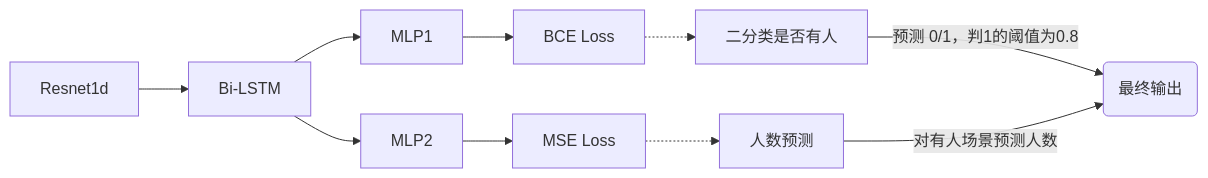
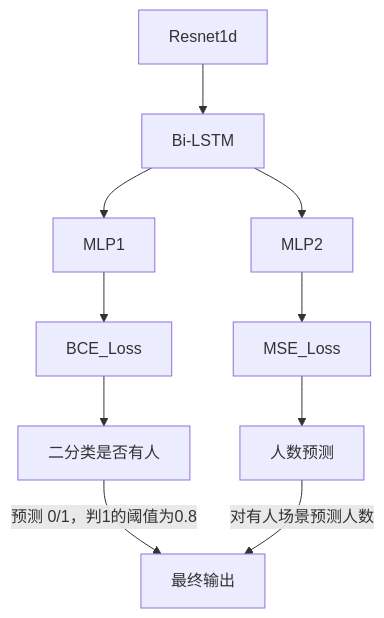
Before and after one commit to Owen1u/WiFi-Localization: the diagram in README.md, drawn with Mermaid.

````diff
--- a/README.md
+++ b/README.md
@@ -10,12 +10,12 @@
 ```mermaid
-graph LR;
-Resnet[Resnet1d] --> RNN[Bi-LSTM];
-RNN[Bi-LSTM] --> MLP1[MLP1];
-RNN[Bi-LSTM] --> MLP2[MLP2];
-MLP1[MLP1] --> BCE[BCE Loss];
-MLP2[MLP2] --> MSE[MSE Loss];
-BCE[BCE Loss] -.-> A[二分类是否有人];
-MSE[MSE Loss] -.-> B[人数预测];
-A --预测 0/1，判1的阈值为0.8--> out(最终输出);
-B --对有人场景预测人数--> out(最终输出);
+graph TD;
+    Resnet1d --> Bi-LSTM;
+    Bi-LSTM --> MLP1;
+    Bi-LSTM --> MLP2;
+    MLP1 --> BCE_Loss;
+    MLP2 --> MSE_Loss;
+    BCE_Loss --> 二分类是否有人;
+    MSE_Loss --> 人数预测;
+    二分类是否有人 --预测 0/1，判1的阈值为0.8--> 最终输出;
+    人数预测 --对有人场景预测人数--> 最终输出;
 ```
````
